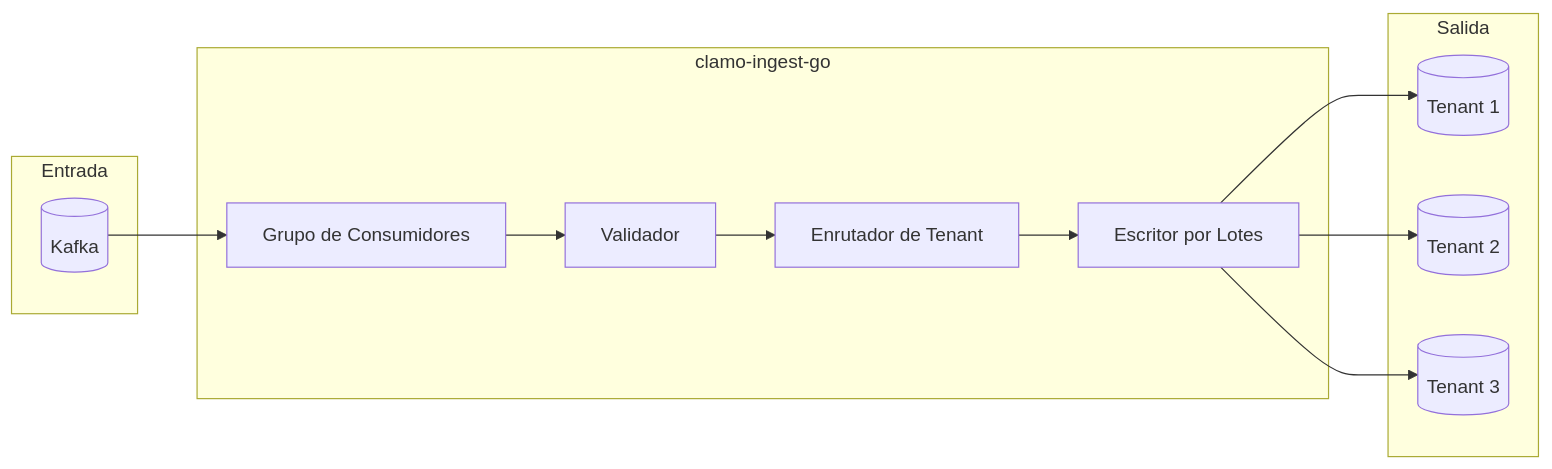
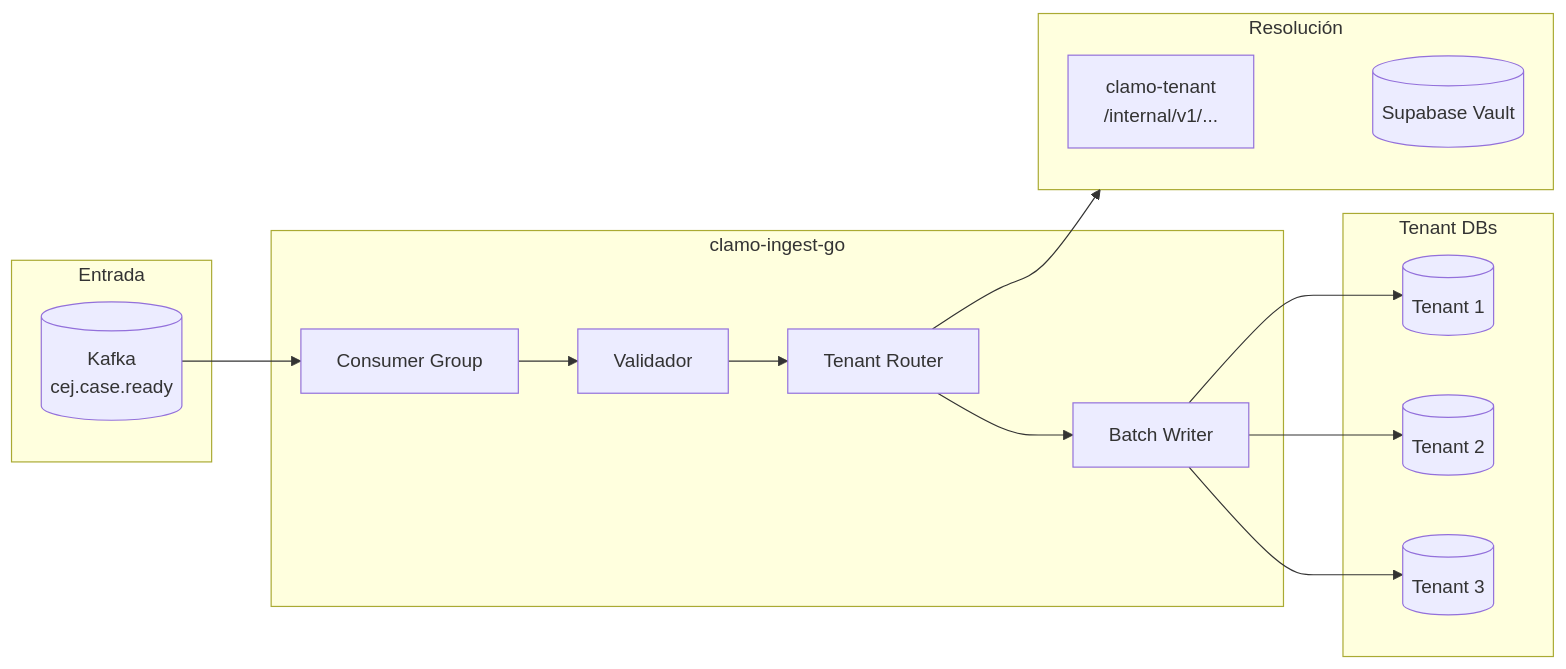
Before and after one commit to GetClamo/docs: the diagram in es/servicios/clamo-ingest-go.mdx, drawn with Mermaid. The commit also changed other lines of this file and 10 other files, not shown here.

````diff
--- a/es/servicios/clamo-ingest-go.mdx
+++ b/es/servicios/clamo-ingest-go.mdx
@@ -21,27 +22,34 @@
 ```mermaid
 flowchart LR
     subgraph Input [Entrada]
-        Kafka[(Kafka)]
+        Kafka[(Kafka<br/>cej.case.ready)]
     end
     
     subgraph Worker [clamo-ingest-go]
-        Consumer[Grupo de Consumidores]
+        Consumer[Consumer Group]
         Validator[Validador]
-        Router[Enrutador de Tenant]
-        BatchWriter[Escritor por Lotes]
+        Router[Tenant Router]
+        BatchWriter[Batch Writer]
     end
     
-    subgraph Output [Salida]
+    subgraph TenantSDK [Resolución]
+        TenantService[clamo-tenant<br/>/internal/v1/...]
+        Vault[(Supabase Vault)]
+    end
+    
+    subgraph Output [Tenant DBs]
         T1[(Tenant 1)]
         T2[(Tenant 2)]
         T3[(Tenant 3)]
     end
     
     Kafka --> Consumer
     Consumer --> Validator
     Validator --> Router
+    Router --> TenantSDK
+    TenantSDK --> Vault
     Router --> BatchWriter
     BatchWriter --> T1
     BatchWriter --> T2
     BatchWriter --> T3
 ```
````
